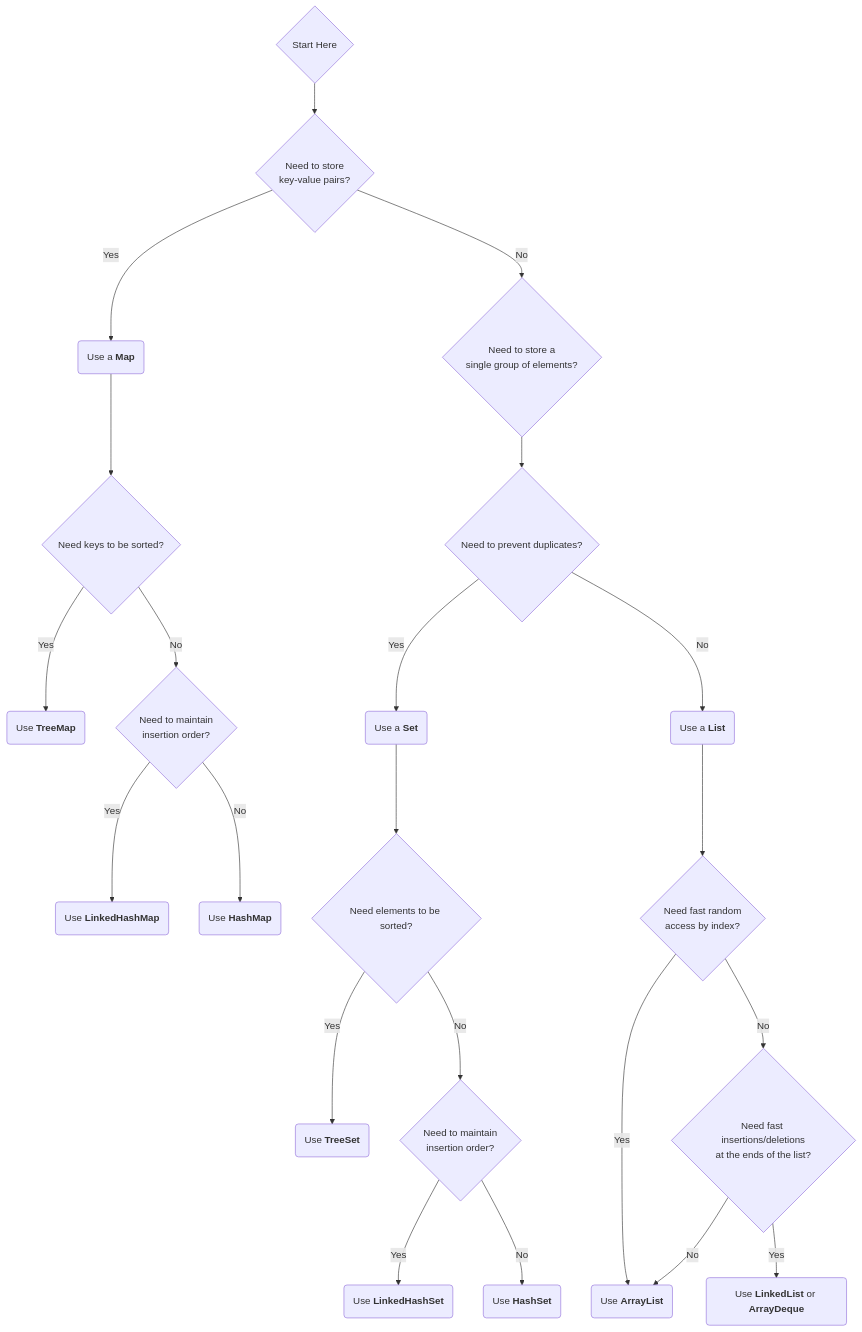
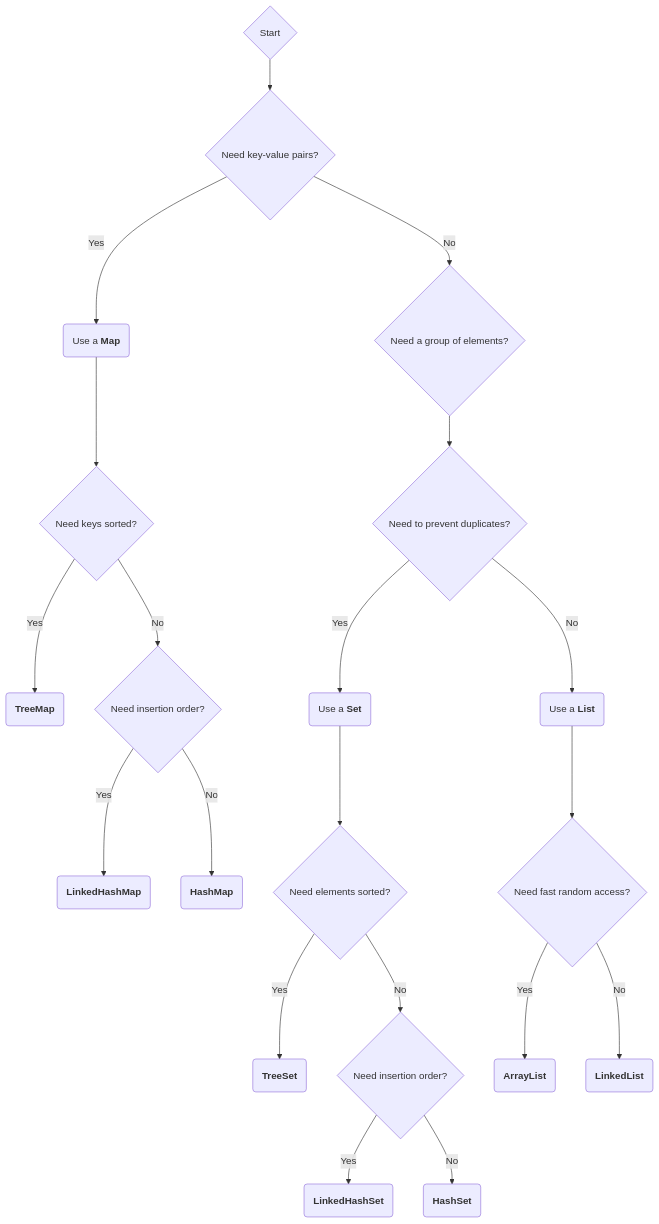
One commit to abhinandanpawar/Learning changed the sixth of 7 diagrams in java-notes/07-Java-Collections-Framework/README.md. Above: the diagram before and after it, drawn with Mermaid. The commit also changed other lines of this file and 9 other files, not shown here.

````diff
--- a/java-notes/07-Java-Collections-Framework/README.md
+++ b/java-notes/07-Java-Collections-Framework/README.md
@@ -78,26 +133,24 @@
 ```mermaid
 graph TD
-    A{Start Here} --> B{Need to store<br>key-value pairs?};
+    A{Start} --> B{Need key-value pairs?};
     B -- Yes --> C(Use a <b>Map</b>);
-    C --> C1{Need keys to be sorted?};
-    C1 -- Yes --> C2(Use <b>TreeMap</b>);
-    C1 -- No --> C3{Need to maintain<br>insertion order?};
-    C3 -- Yes --> C4(Use <b>LinkedHashMap</b>);
-    C3 -- No --> C5(Use <b>HashMap</b>);
+    C --> C1{Need keys sorted?};
+    C1 -- Yes --> C2(<b>TreeMap</b>);
+    C1 -- No --> C3{Need insertion order?};
+    C3 -- Yes --> C4(<b>LinkedHashMap</b>);
+    C3 -- No --> C5(<b>HashMap</b>);
 
-    B -- No --> D{Need to store a<br>single group of elements?};
+    B -- No --> D{Need a group of elements?};
     D --> E{Need to prevent duplicates?};
     E -- Yes --> F(Use a <b>Set</b>);
-    F --> F1{Need elements to be sorted?};
-    F1 -- Yes --> F2(Use <b>TreeSet</b>);
-    F1 -- No --> F3{Need to maintain<br>insertion order?};
-    F3 -- Yes --> F4(Use <b>LinkedHashSet</b>);
-    F3 -- No --> F5(Use <b>HashSet</b>);
+    F --> F1{Need elements sorted?};
+    F1 -- Yes --> F2(<b>TreeSet</b>);
+    F1 -- No --> F3{Need insertion order?};
+    F3 -- Yes --> F4(<b>LinkedHashSet</b>);
+    F3 -- No --> F5(<b>HashSet</b>);
 
     E -- No --> G(Use a <b>List</b>);
-    G --> G1{Need fast random<br>access by index?};
-    G1 -- Yes --> G2(Use <b>ArrayList</b>);
-    G1 -- No --> G3{Need fast insertions/deletions<br>at the ends of the list?};
-    G3 -- Yes --> G4(Use <b>LinkedList</b> or <b>ArrayDeque</b>);
-    G3 -- No --> G2;
+    G --> G1{Need fast random access?};
+    G1 -- Yes --> G2(<b>ArrayList</b>);
+    G1 -- No --> G3(<b>LinkedList</b>);
 ```
````
